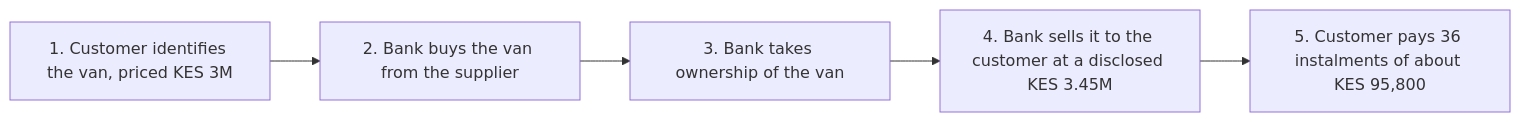
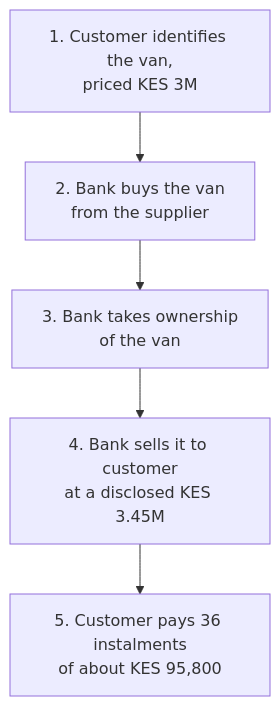
The diagram in Bengula-Jacob/content/banking-credit/islamic-banking-kenya-murabaha-musharaka-hajj-savings.md (bengula/BengulaLive), drawn with Mermaid before and after one commit. The commit also changed 12 other files, not shown here.

Commit message:
improved mermaid syntax

````diff
--- a/Bengula-Jacob/content/banking-credit/islamic-banking-kenya-murabaha-musharaka-hajj-savings.md
+++ b/Bengula-Jacob/content/banking-credit/islamic-banking-kenya-murabaha-musharaka-hajj-savings.md
@@ -66,7 +66,7 @@
 ```mermaid
-flowchart LR
-  A["1. Customer identifies the van, priced KES 3M"] --> B["2. Bank buys the van from the supplier"]
-  B --> C["3. Bank takes ownership of the van"]
-  C --> D["4. Bank sells it to the customer at a disclosed KES 3.45M"]
-  D --> E["5. Customer pays 36 instalments of about KES 95,800"]
+flowchart TD
+  A["1. Customer identifies the van,<br>priced KES 3M"] --> B["2. Bank buys the van<br>from the supplier"]
+  B --> C["3. Bank takes ownership<br>of the van"]
+  C --> D["4. Bank sells it to customer<br>at a disclosed KES 3.45M"]
+  D --> E["5. Customer pays 36 instalments<br>of about KES 95,800"]
 ```
````
